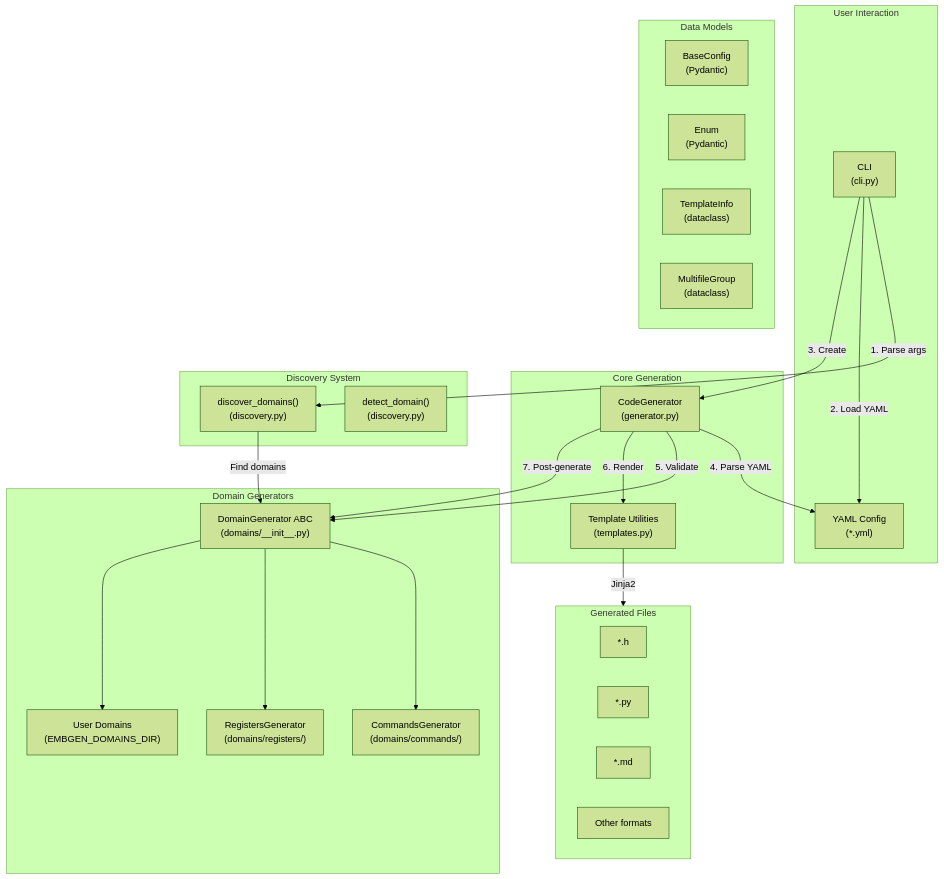
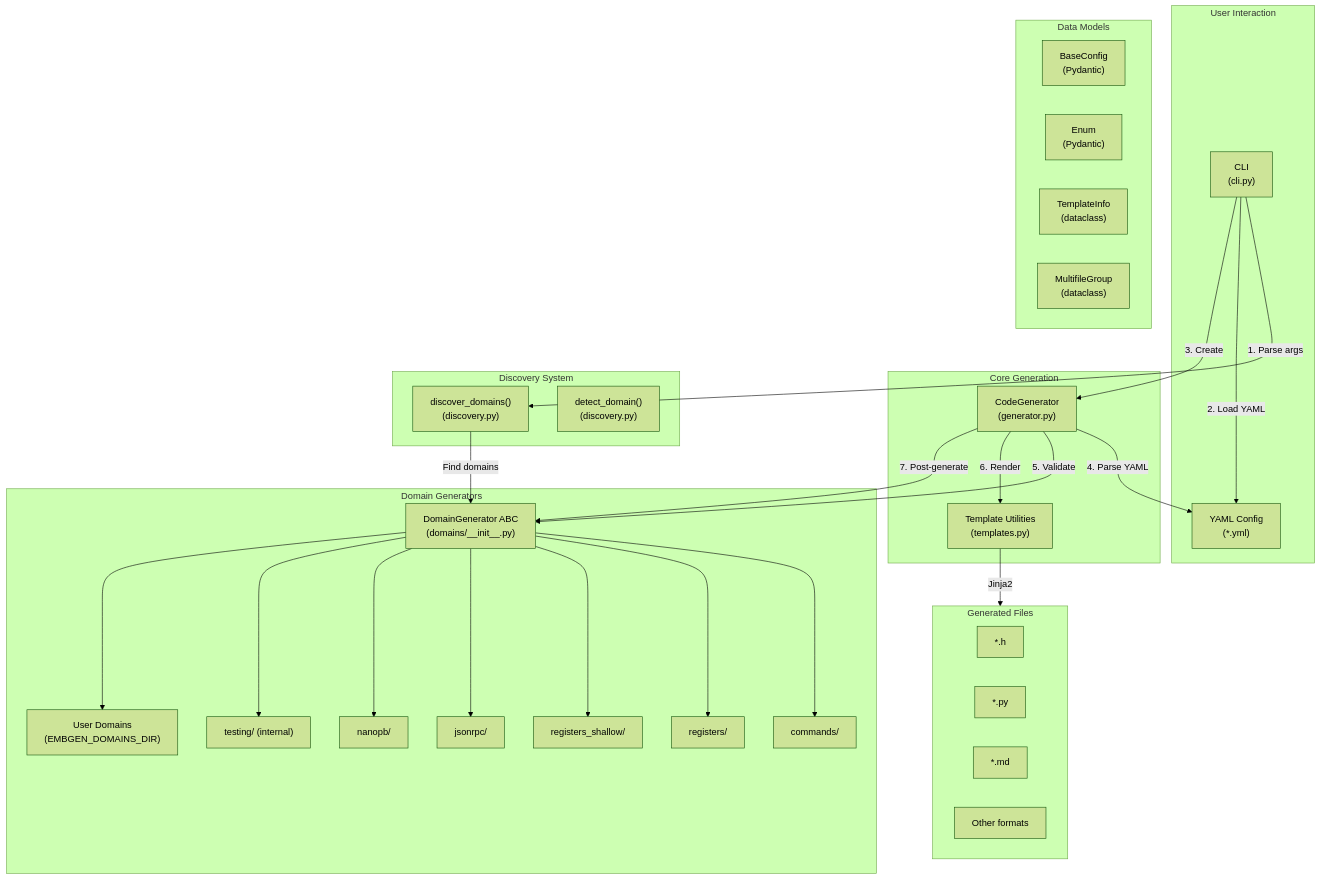
The first of 5 diagrams in docs/architecture/architecture.md (CedricHirschi/embgen), drawn with Mermaid (forest theme) before and after one commit. The commit also changed other lines of this file and 13 other files, not shown here.

````diff
--- a/docs/architecture/architecture.md
+++ b/docs/architecture/architecture.md
@@ -7,51 +7,59 @@
 ```mermaid
 flowchart TB
     subgraph User["User Interaction"]
         CLI["CLI<br/>(cli.py)"]
         YAML["YAML Config<br/>(*.yml)"]
     end
 
     subgraph Core["Core Generation"]
         CG["CodeGenerator<br/>(generator.py)"]
         Templates["Template Utilities<br/>(templates.py)"]
     end
 
     subgraph Discovery["Discovery System"]
         Disc["discover_domains()<br/>(discovery.py)"]
         Detect["detect_domain()<br/>(discovery.py)"]
     end
 
     subgraph Models["Data Models"]
         BaseConfig["BaseConfig<br/>(Pydantic)"]
         Enum["Enum<br/>(Pydantic)"]
         TI["TemplateInfo<br/>(dataclass)"]
         MG["MultifileGroup<br/>(dataclass)"]
     end
 
     subgraph Domains["Domain Generators"]
         DG["DomainGenerator ABC<br/>(domains/__init__.py)"]
-        CMD["CommandsGenerator<br/>(domains/commands/)"]
-        REG["RegistersGenerator<br/>(domains/registers/)"]
+        CMD["commands/"]
+        REG["registers/"]
+        REGS["registers_shallow/"]
+        RPC["jsonrpc/"]
+        NP["nanopb/"]
+        TST["testing/ (internal)"]
         User_Domain["User Domains<br/>(EMBGEN_DOMAINS_DIR)"]
     end
 
     subgraph Output["Generated Files"]
         Header["*.h"]
         Python["*.py"]
         Markdown["*.md"]
         Other["Other formats"]
     end
 
     CLI --> |"1. Parse args"| Disc
     CLI --> |"2. Load YAML"| YAML
     Disc --> |"Find domains"| DG
     DG --> CMD
     DG --> REG
+    DG --> REGS
+    DG --> RPC
+    DG --> NP
+    DG --> TST
     DG --> User_Domain
     CLI --> |"3. Create"| CG
     CG --> |"4. Parse YAML"| YAML
     CG --> |"5. Validate"| DG
     CG --> |"6. Render"| Templates
     Templates --> |"Jinja2"| Output
     CG --> |"7. Post-generate"| DG
 ```
````
